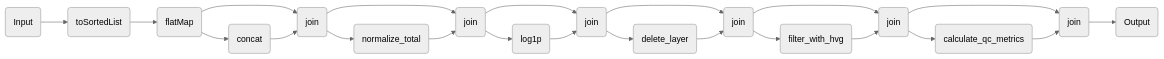
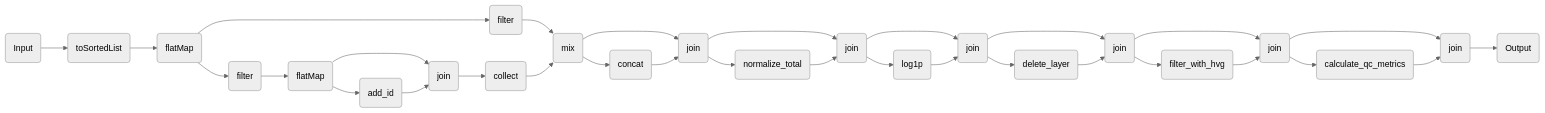
Before and after one commit to openpipelines-bio/website: the diagram in components/workflows/multiomics/rna_multisample.qmd, drawn with Mermaid (neutral theme). The commit also changed other lines of this file and 84 other files, not shown here.

````diff
--- a/components/workflows/multiomics/rna_multisample.qmd
+++ b/components/workflows/multiomics/rna_multisample.qmd
@@ -112,42 +131,58 @@
 ```{mermaid}
 %%| column: screen-inset-shaded
 flowchart LR
     p0(Input)
     p3(toSortedList)
     p5(flatMap)
-    p16(join)
-    p14(concat)
-    p26(join)
-    p24(normalize_total)
-    p36(join)
-    p34(log1p)
-    p46(join)
-    p44(delete_layer)
-    p56(join)
-    p54(filter_with_hvg)
-    p66(join)
-    p64(calculate_qc_metrics)
-    p72(Output)
+    p9(filter)
+    p11(flatMap)
+    p19(join)
+    p17(add_id)
+    p21(collect)
+    p24(mix)
+    p23(filter)
+    p33(join)
+    p31(concat)
+    p43(join)
+    p41(normalize_total)
+    p53(join)
+    p51(log1p)
+    p63(join)
+    p61(delete_layer)
+    p73(join)
+    p71(filter_with_hvg)
+    p83(join)
+    p81(calculate_qc_metrics)
+    p89(Output)
+    p23-->p24
     p0-->p3
     p3-->p5
-    p5-->p16
-    p5-->p14
-    p14-->p16
-    p16-->p26
-    p16-->p24
-    p24-->p26
-    p26-->p36
-    p26-->p34
-    p34-->p36
-    p36-->p46
-    p36-->p44
-    p44-->p46
-    p46-->p56
-    p46-->p54
-    p54-->p56
-    p56-->p66
-    p56-->p64
-    p64-->p66
-    p66-->p72
+    p5-->p9
+    p5-->p23
+    p9-->p11
+    p11-->p19
+    p11-->p17
+    p17-->p19
+    p19-->p21
+    p21-->p24
+    p24-->p33
+    p24-->p31
+    p31-->p33
+    p33-->p43
+    p33-->p41
+    p41-->p43
+    p43-->p53
+    p43-->p51
+    p51-->p53
+    p53-->p63
+    p53-->p61
+    p61-->p63
+    p63-->p73
+    p63-->p71
+    p71-->p73
+    p73-->p83
+    p73-->p81
+    p81-->p83
+    p83-->p89
 
 ```
````
